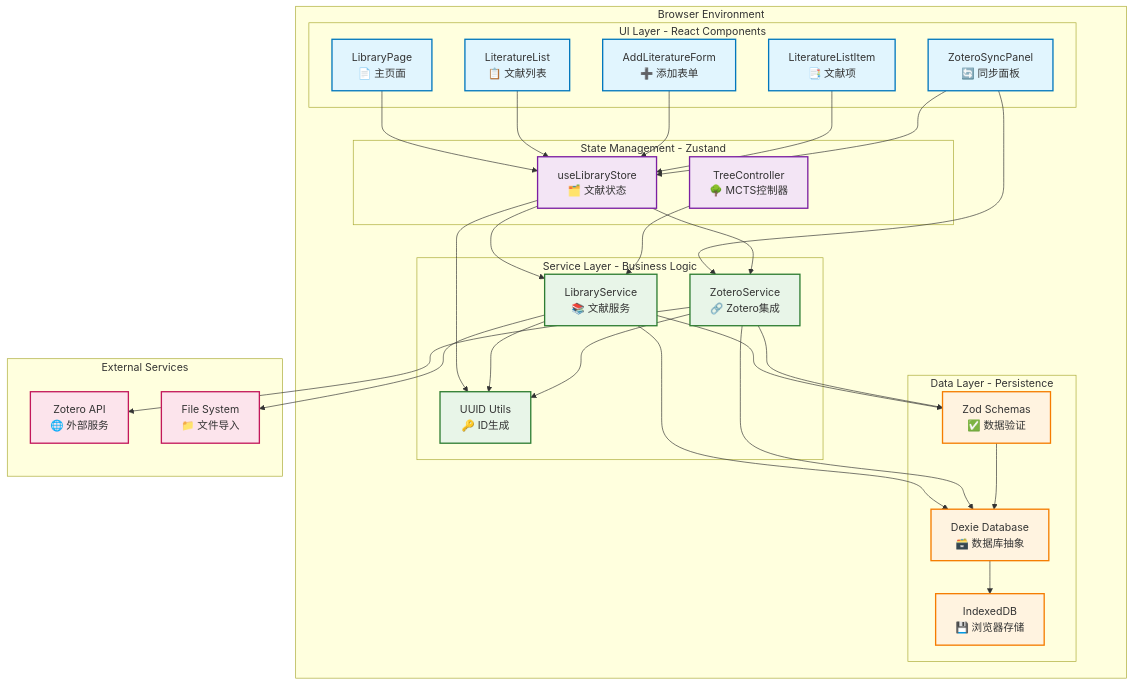
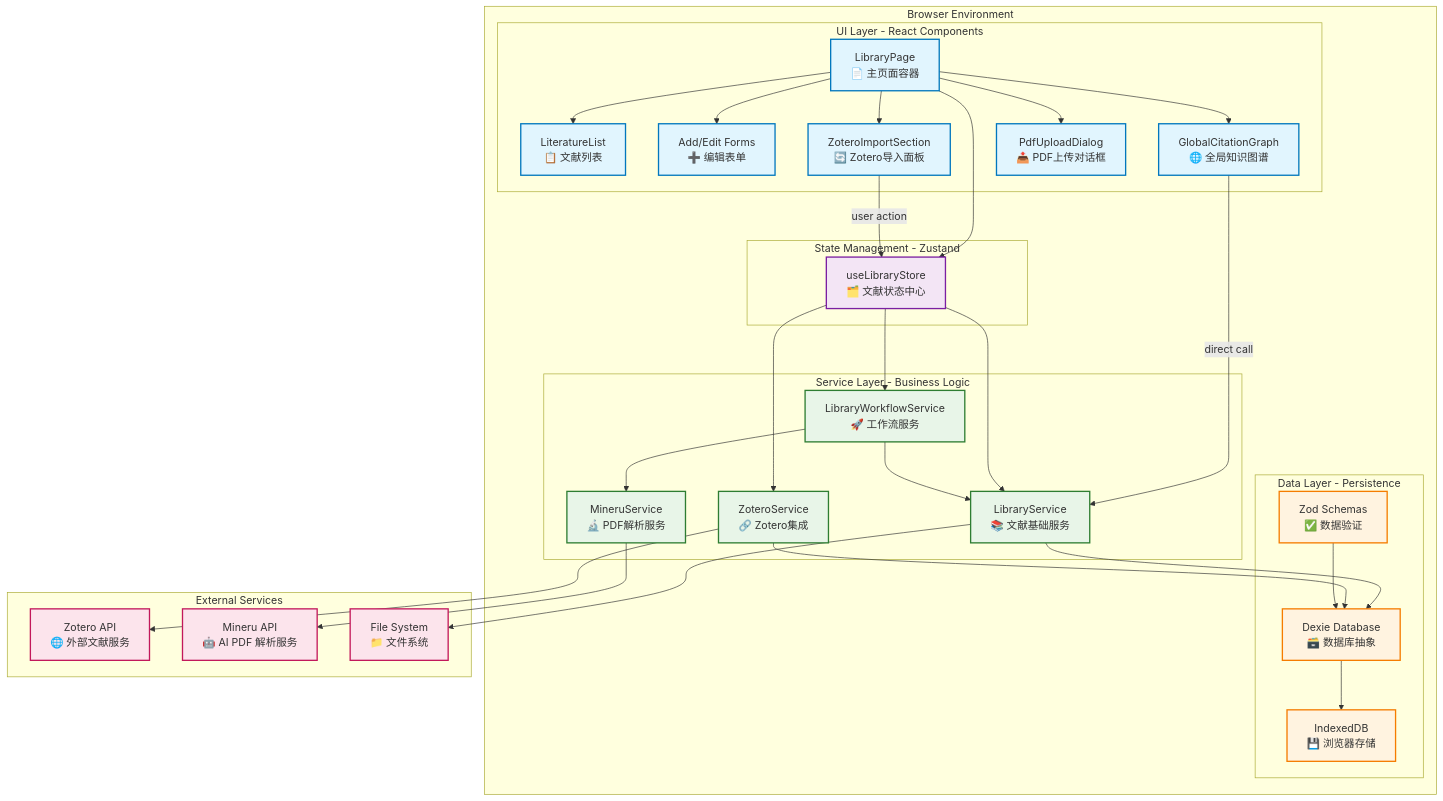
Before and after one commit to tyqqj0/deep-research: the first of 4 diagrams in docs/SYSTEM_ARCHITECTURE.md, drawn with Mermaid. The commit also changed other lines of this file and 6 other files, not shown here.

````diff
--- a/docs/SYSTEM_ARCHITECTURE.md
+++ b/docs/SYSTEM_ARCHITECTURE.md
@@ -5,77 +12,72 @@
 ```mermaid
 graph TB
     subgraph "Browser Environment"
         subgraph "UI Layer - React Components"
-            A1[LibraryPage<br/>📄 主页面]
+            A1[LibraryPage<br/>📄 主页面容器]
             A2[LiteratureList<br/>📋 文献列表]
-            A3[AddLiteratureForm<br/>➕ 添加表单]
-            A4[LiteratureListItem<br/>📑 文献项]
-            A5[ZoteroSyncPanel<br/>🔄 同步面板]
+            A3[Add/Edit Forms<br/>➕ 编辑表单]
+            A4[GlobalCitationGraph<br/>🌐 全局知识图谱]
+            A5[ZoteroImportSection<br/>🔄 Zotero导入面板]
+            A6[PdfUploadDialog<br/>📤 PDF上传对话框]
         end
         
         subgraph "State Management - Zustand"
-            B1[useLibraryStore<br/>🗂️ 文献状态]
-            B2[TreeController<br/>🌳 MCTS控制器]
+            B1[useLibraryStore<br/>🗂️ 文献状态中心]
         end
         
         subgraph "Service Layer - Business Logic"
-            C1[LibraryService<br/>📚 文献服务]
-            C2[ZoteroService<br/>🔗 Zotero集成]
-            C3[UUID Utils<br/>🔑 ID生成]
+            C1[LibraryWorkflowService<br/>🚀 工作流服务]
+            C2[LibraryService<br/>📚 文献基础服务]
+            C3[ZoteroService<br/>🔗 Zotero集成]
+            C4[MineruService<br/>🔬 PDF解析服务]
         end
         
         subgraph "Data Layer - Persistence"
             D1[Dexie Database<br/>🗃️ 数据库抽象]
             D2[Zod Schemas<br/>✅ 数据验证]
             D3[IndexedDB<br/>💾 浏览器存储]
         end
     end
     
     subgraph "External Services"
-        E1[Zotero API<br/>🌐 外部服务]
-        E2[File System<br/>📁 文件导入]
+        E1[Zotero API<br/>🌐 外部文献服务]
+        E2[Mineru API<br/>🤖 AI PDF 解析服务]
+        E3[File System<br/>📁 文件系统]
     end
     
     %% UI Layer connections
+    A1 --> A2 & A3 & A4 & A5 & A6
     A1 --> B1
-    A2 --> B1
-    A3 --> B1
-    A4 --> B1
-    A5 --> B1
-    A5 --> C2
+    A4 -- direct call --> C2
+    A5 -- user action --> B1
     
     %% State Management connections
-    B1 --> C1
-    B1 --> C2
-    B2 --> C1
-    B1 --> C3
+    B1 --> C1 & C2 & C3
     
     %% Service Layer connections
-    C1 --> D1
+    C1 --> C2 & C4
     C2 --> D1
-    C1 --> D2
-    C2 --> D2
-    C1 --> C3
-    C2 --> C3
+    C3 --> D1
+    C3 --> E1
+    C4 --> E2
     
     %% Data Layer connections
     D1 --> D3
     D2 --> D1
     
     %% External connections
-    C2 --> E1
-    C1 --> E2
+    C2 --> E3
     
     %% Styling
     classDef ui fill:#e1f5fe,stroke:#0277bd,stroke-width:2px
     classDef state fill:#f3e5f5,stroke:#7b1fa2,stroke-width:2px
     classDef service fill:#e8f5e8,stroke:#2e7d32,stroke-width:2px
     classDef data fill:#fff3e0,stroke:#f57c00,stroke-width:2px
     classDef external fill:#fce4ec,stroke:#c2185b,stroke-width:2px
     
-    class A1,A2,A3,A4,A5 ui
-    class B1,B2 state
-    class C1,C2,C3 service
+    class A1,A2,A3,A4,A5,A6 ui
+    class B1 state
+    class C1,C2,C3,C4 service
     class D1,D2,D3 data
-    class E1,E2 external
+    class E1,E2,E3 external
 ```
````
